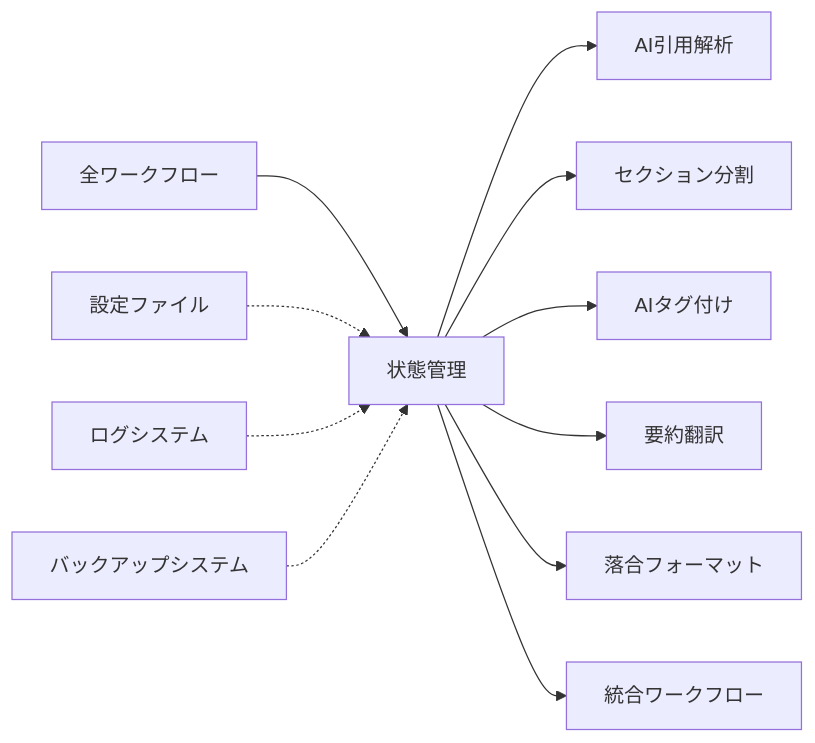
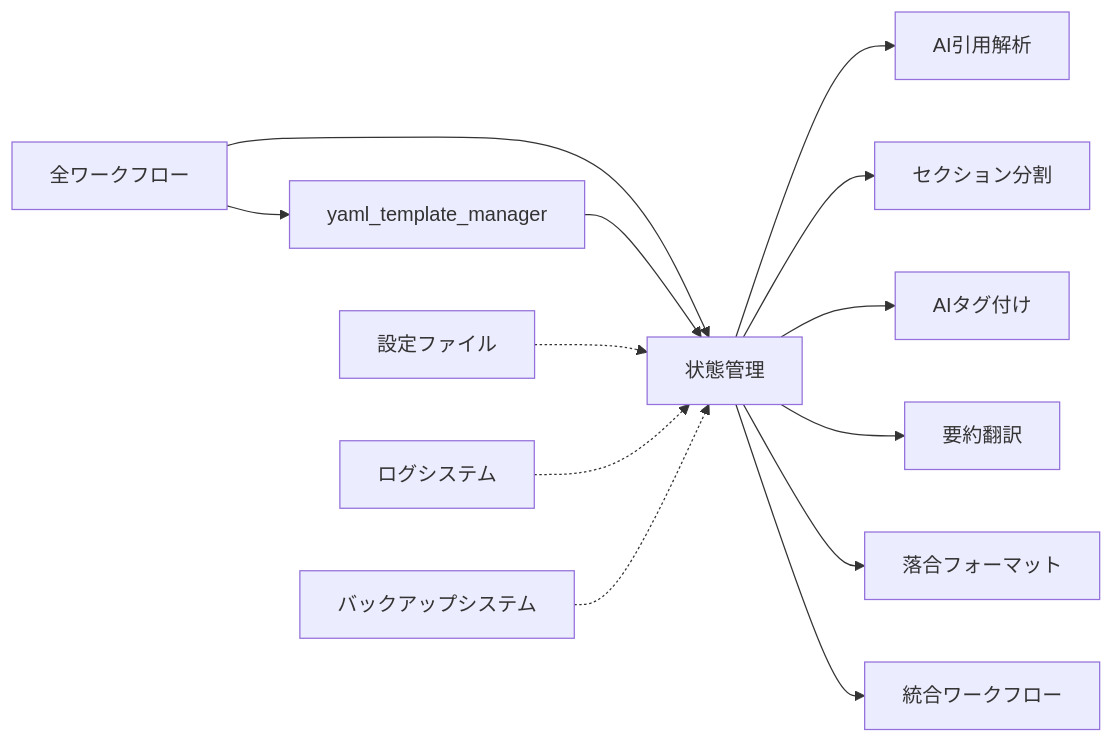
One commit to shuu5/ObsClippingsManager changed the second of 2 diagrams in code/contexts/status_management_yaml_specification.md. Above: the diagram before and after it, drawn with Mermaid. The commit also changed other lines of this file and 8 other files, not shown here.

````diff
--- a/code/contexts/status_management_yaml_specification.md
+++ b/code/contexts/status_management_yaml_specification.md
@@ -30,15 +33,18 @@
 ```mermaid
 graph LR
-    A["全ワークフロー"] --> B["状態管理"]
+    A["全ワークフロー"] --> B["yaml_template_manager"]
+    A --> C["状態管理"]
     
-    C["設定ファイル"] -.-> B
-    D["ログシステム"] -.-> B
-    E["バックアップシステム"] -.-> B
+    B --> C
     
-    B --> F["AI引用解析"]
-    B --> G["セクション分割"]
-    B --> H["AIタグ付け"]
-    B --> I["要約翻訳"]
-    B --> J["落合フォーマット"]
-    B --> K["統合ワークフロー"]
+    D["設定ファイル"] -.-> C
+    E["ログシステム"] -.-> C
+    F["バックアップシステム"] -.-> C
+    
+    C --> G["AI引用解析"]
+    C --> H["セクション分割"]
+    C --> I["AIタグ付け"]
+    C --> J["要約翻訳"]
+    C --> K["落合フォーマット"]
+    C --> L["統合ワークフロー"]
 ```
````
